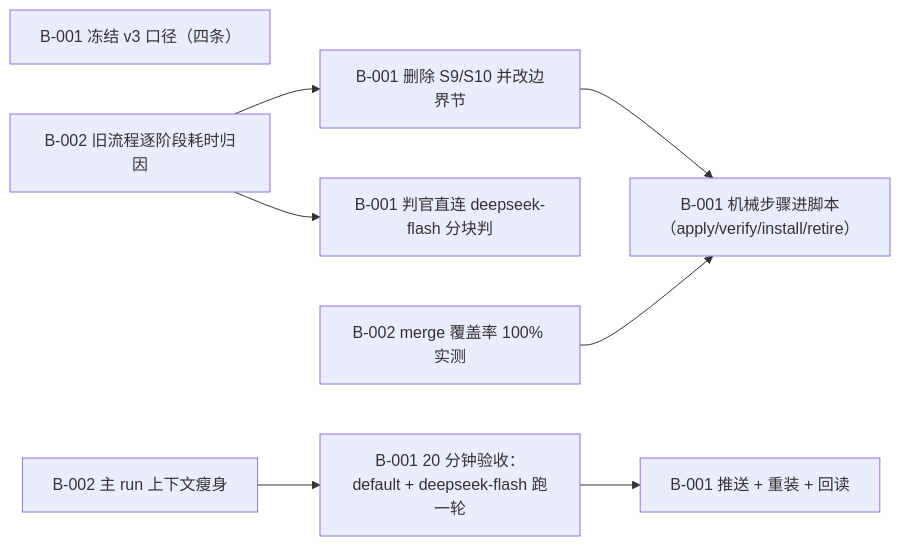
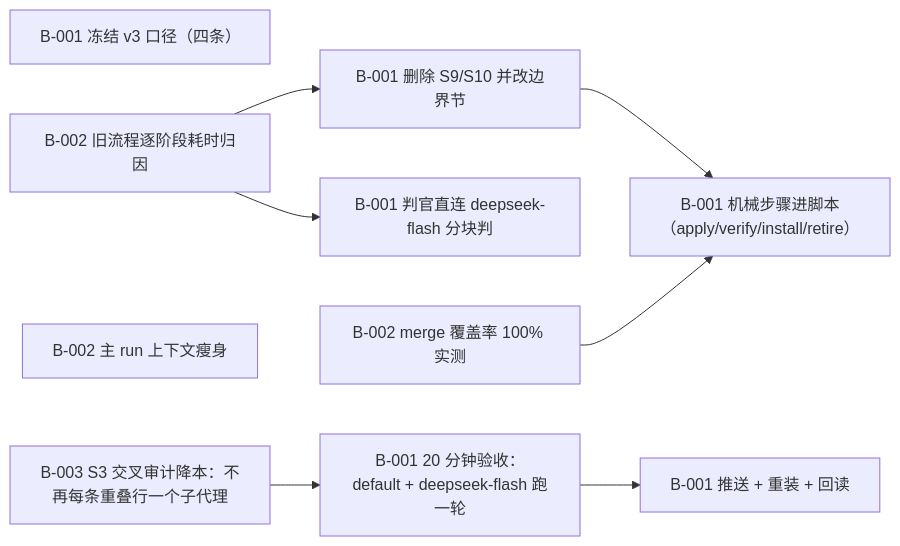
One commit to flmaximwang/Dream changed the diagram in plans/dream-v3/PLAN.md. Above: the diagram before and after it, drawn with Mermaid. The commit also changed other lines of this file and 3 other files, not shown here.

````diff
--- a/plans/dream-v3/PLAN.md
+++ b/plans/dream-v3/PLAN.md
@@ -15,24 +16,25 @@
 ```mermaid
 flowchart LR
   T-001_B-001["B-001 冻结 v3 口径（四条）"]
   T-001_B-002["B-002 旧流程逐阶段耗时归因"]
   T-002_B-001["B-001 删除 S9/S10 并改边界节"]
   T-003_B-001["B-001 判官直连 deepseek-flash 分块判"]
   T-003_B-002["B-002 merge 覆盖率 100% 实测"]
   T-004_B-001["B-001 机械步骤进脚本（apply/verify/install/retire）"]
   T-004_B-002["B-002 主 run 上下文瘦身"]
+  T-004_B-003["B-003 S3 交叉审计降本：不再每条重叠行一个子代理"]
   T-005_B-001["B-001 20 分钟验收：default + deepseek-flash 跑一轮"]
   T-006_B-001["B-001 推送 + 重装 + 回读"]
   T-001_B-002 --> T-002_B-001
   T-001_B-002 --> T-003_B-001
   T-002_B-001 --> T-004_B-001
   T-003_B-002 --> T-004_B-001
-  T-004_B-002 --> T-005_B-001
+  T-004_B-003 --> T-005_B-001
   T-005_B-001 --> T-006_B-001
   classDef done stroke-width:1px;
-  class T-001_B-001,T-002_B-001 done;
+  class T-001_B-001,T-001_B-002,T-002_B-001 done;
   classDef ready stroke-width:1px;
-  class T-001_B-002 ready;
+  class T-003_B-001,T-003_B-002 ready;
   classDef waiting stroke-width:1px;
-  class T-003_B-001,T-003_B-002,T-004_B-001,T-004_B-002,T-005_B-001,T-006_B-001 waiting;
+  class T-004_B-001,T-004_B-002,T-004_B-003,T-005_B-001,T-006_B-001 waiting;
 ```
````
